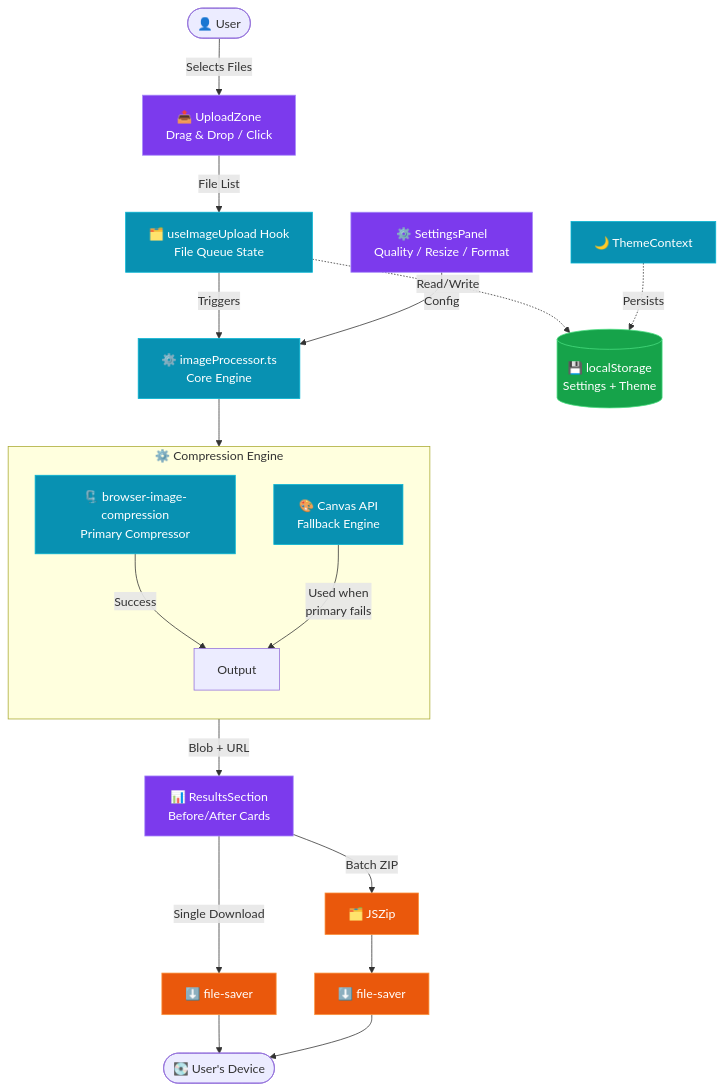
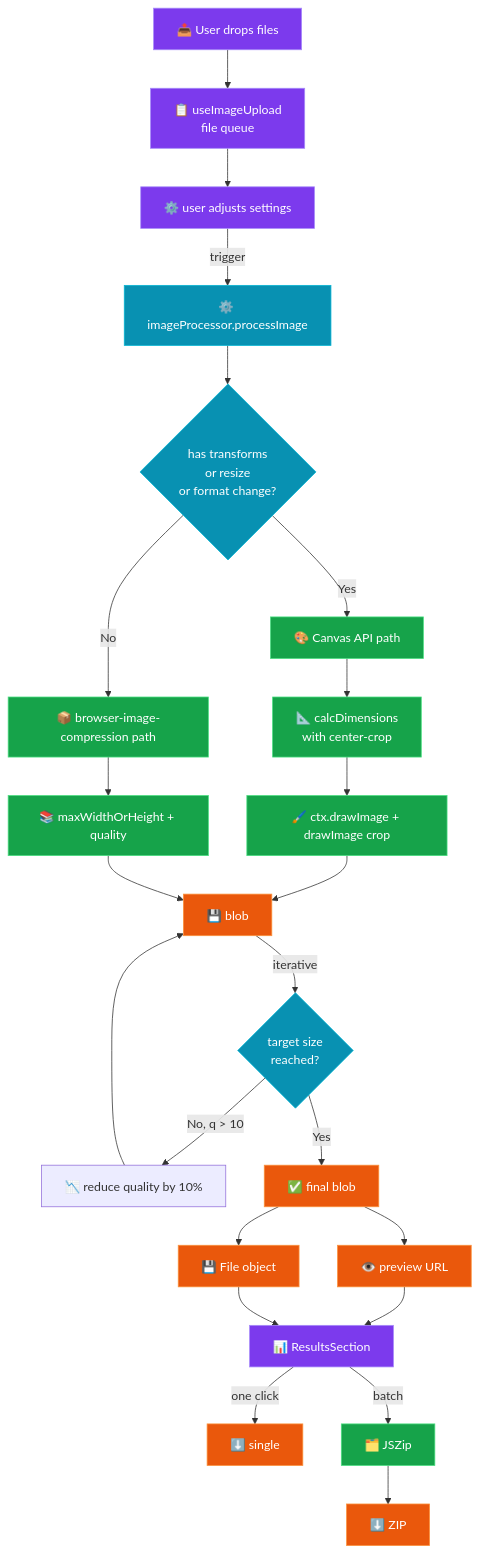
Before and after one commit to girishlade111/image-squeeze-express: the second of 5 diagrams in README.md, drawn with Mermaid. The commit also changed other lines of this file, not shown here.

````diff
--- a/README.md
+++ b/README.md
@@ -131,38 +312,40 @@
 ```mermaid
 flowchart TB
-    User([👤 User]) -->|Selects Files| Upload[📤 UploadZone<br/>Drag & Drop / Click]
-    Upload -->|File List| State[🗂️ useImageUpload Hook<br/>File Queue State]
-    State -->|Triggers| Processor[⚙️ imageProcessor.ts<br/>Core Engine]
+    Drop[📤 User drops files] --> Queue[📋 useImageUpload<br/>file queue]
+    Queue --> Set[⚙️ user adjusts settings]
+    Set -->|trigger| Process[⚙️ imageProcessor.processImage]
 
-    subgraph Engine["⚙️ Compression Engine"]
-        direction TB
-        Primary[🗜️ browser-image-compression<br/>Primary Compressor]
-        Fallback[🎨 Canvas API<br/>Fallback Engine]
-        Primary -->|Success| Output
-        Fallback -->|Used when<br/>primary fails| Output
-    end
+    Process --> Check{has transforms<br/>or resize<br/>or format change?}
+    Check -->|Yes| Canvas[🎨 Canvas API path]
+    Check -->|No| BIC[📦 browser-image-compression path]
 
-    Processor --> Engine
-    Settings[⚙️ SettingsPanel<br/>Quality / Resize / Format] -->|Config| Processor
+    Canvas --> Calc[📐 calcDimensions<br/>with center-crop]
+    Calc --> Draw[🖌️ ctx.drawImage + drawImage crop]
+    Draw --> Out[💾 blob]
 
-    State -.->|Read/Write| LS[(💾 localStorage<br/>Settings + Theme)]
-    Theme[🌙 ThemeContext] -.->|Persists| LS
+    BIC --> Lib[📚 maxWidthOrHeight + quality]
+    Lib --> Out
 
-    Engine -->|Blob + URL| Results[📊 ResultsSection<br/>Before/After Cards]
-    Results -->|Single Download| Save1[⬇️ file-saver]
-    Results -->|Batch ZIP| Zip[🗂️ JSZip]
-    Zip --> Save2[⬇️ file-saver]
+    Out -->|iterative| Target{target size<br/>reached?}
+    Target -->|No, q > 10| Reduce[📉 reduce quality by 10%]
+    Reduce --> Out
+    Target -->|Yes| Done[✅ final blob]
 
-    Save1 --> Disk([💽 User's Device])
-    Save2 --> Disk
+    Done --> Preview[👁️ preview URL]
+    Done --> File[💾 File object]
+    Preview --> Result[📊 ResultsSection]
+    File --> Result
+    Result -->|one click| Save1[⬇️ single]
+    Result -->|batch| Zip[🗂️ JSZip]
+    Zip --> Save2[⬇️ ZIP]
 
     classDef ui fill:#7c3aed,stroke:#a78bfa,color:#fff
     classDef logic fill:#0891b2,stroke:#06b6d4,color:#fff
-    classDef storage fill:#16a34a,stroke:#4ade80,color:#fff
-    classDef output fill:#ea580c,stroke:#fb923c,color:#fff
+    classDef util fill:#16a34a,stroke:#4ade80,color:#fff
+    classDef out fill:#ea580c,stroke:#fb923c,color:#fff
 
-    class Upload,Settings,Results ui
-    class State,Processor,Primary,Fallback,Theme logic
-    class LS storage
-    class Save1,Save2,Zip output
+    class Drop,Queue,Set,Result ui
+    class Process,Check,Target logic
+    class Canvas,Calc,Draw,BIC,Lib,Zip util
+    class Out,Done,Preview,File,Save1,Save2 out
 ```
````
